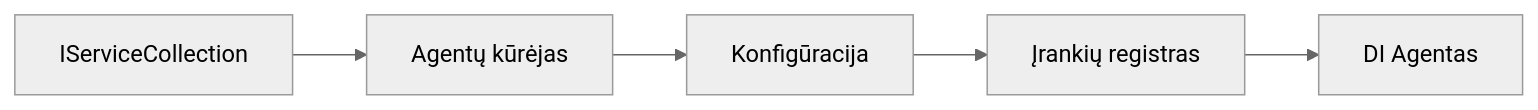
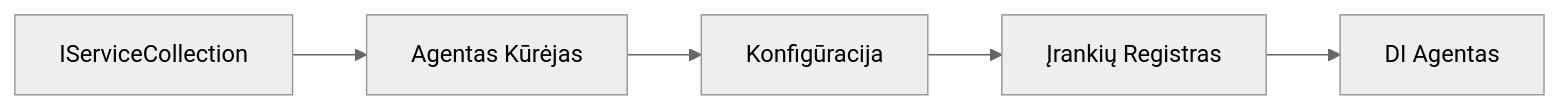
The diagram in translations/lt/03-agentic-design-patterns/code_samples/03-dotnet-agent-framework.md (venturemavenwill/azureaifundamentals), drawn with Mermaid (neutral theme) before and after one commit. The commit also changed other lines of this file and 2002 other files, not shown here.

````diff
--- a/translations/lt/03-agentic-design-patterns/code_samples/03-dotnet-agent-framework.md
+++ b/translations/lt/03-agentic-design-patterns/code_samples/03-dotnet-agent-framework.md
@@ -41,7 +41,7 @@
 ```mermaid
 graph LR
-    A[IServiceCollection] --> B[Agentų kūrėjas]
+    A[IServiceCollection] --> B[Agentas Kūrėjas]
     B --> C[Konfigūracija]
-    C --> D[Įrankių registras]
+    C --> D[Įrankių Registras]
     D --> E[DI Agentas]
 ```
````
